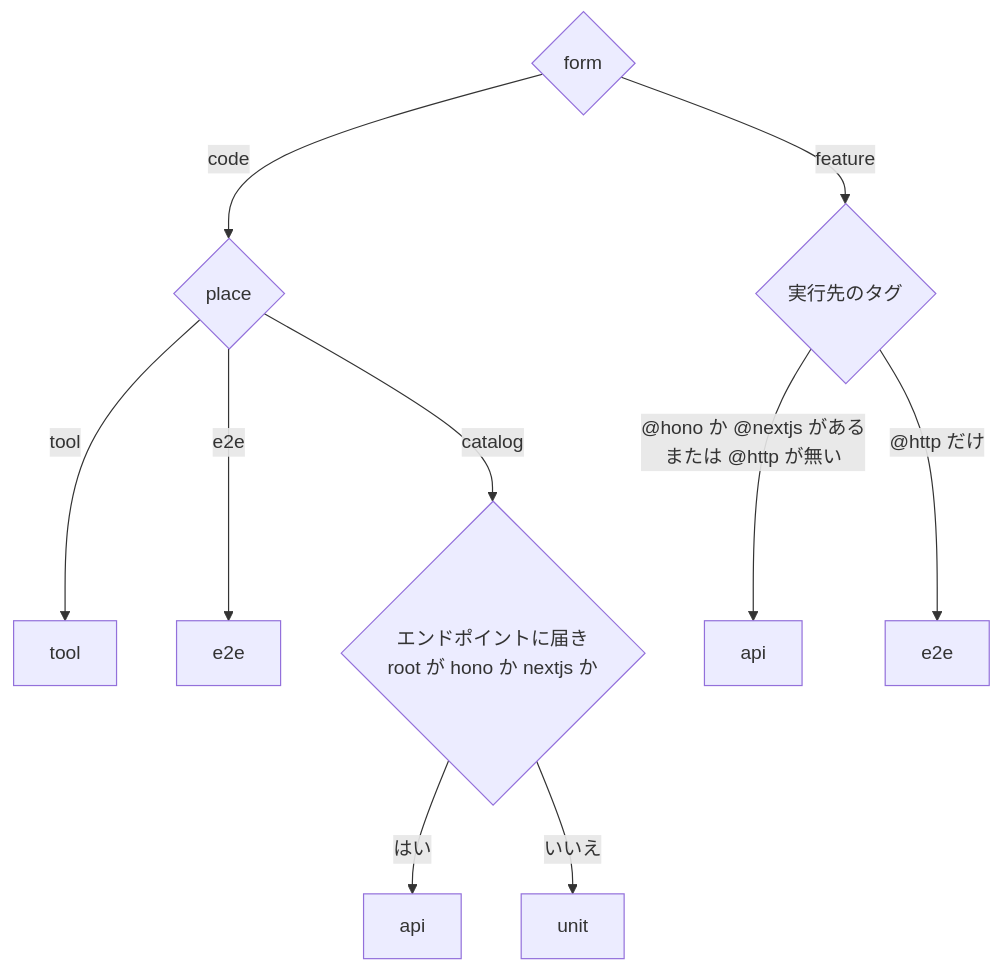
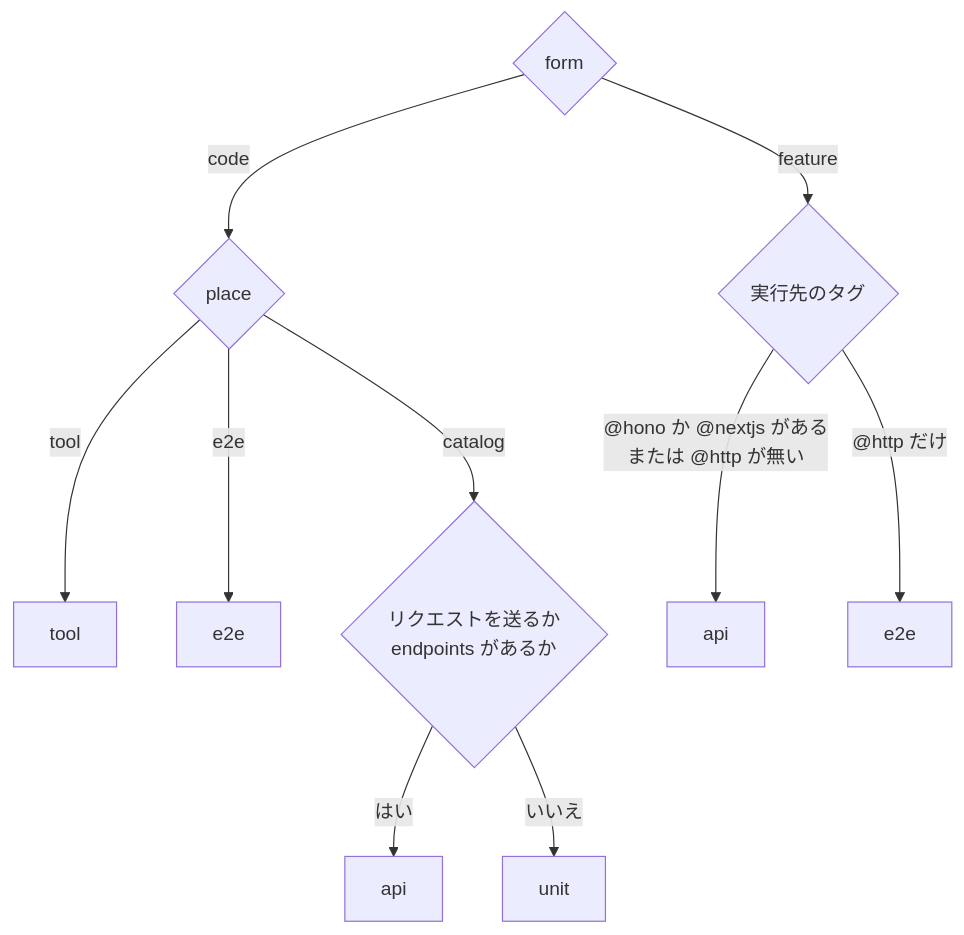
Diagram 26 of 29 in apps/tests/docs/01-read.md (maronnjapan/maronn-openid-connect), drawn with Mermaid before and after one commit. The commit also changed other lines of this file and 11 other files, not shown here.

````diff
--- a/apps/tests/docs/01-read.md
+++ b/apps/tests/docs/01-read.md
@@ -2011,12 +2559,12 @@
 ```mermaid
 flowchart TB
   F{"form"} -->|"code"| P{"place"}
   P -->|"tool"| TL["tool"]
   P -->|"e2e"| E2["e2e"]
-  P -->|"catalog"| Q{"エンドポイントに届き<br/>root が hono か nextjs か"}
+  P -->|"catalog"| Q{"リクエストを送るか<br/>endpoints があるか"}
   Q -->|"はい"| AP["api"]
   Q -->|"いいえ"| UN["unit"]
   F -->|"feature"| G{"実行先のタグ"}
   G -->|"@hono か @nextjs がある<br/>または @http が無い"| AP2["api"]
   G -->|"@http だけ"| E3["e2e"]
 ```
````
